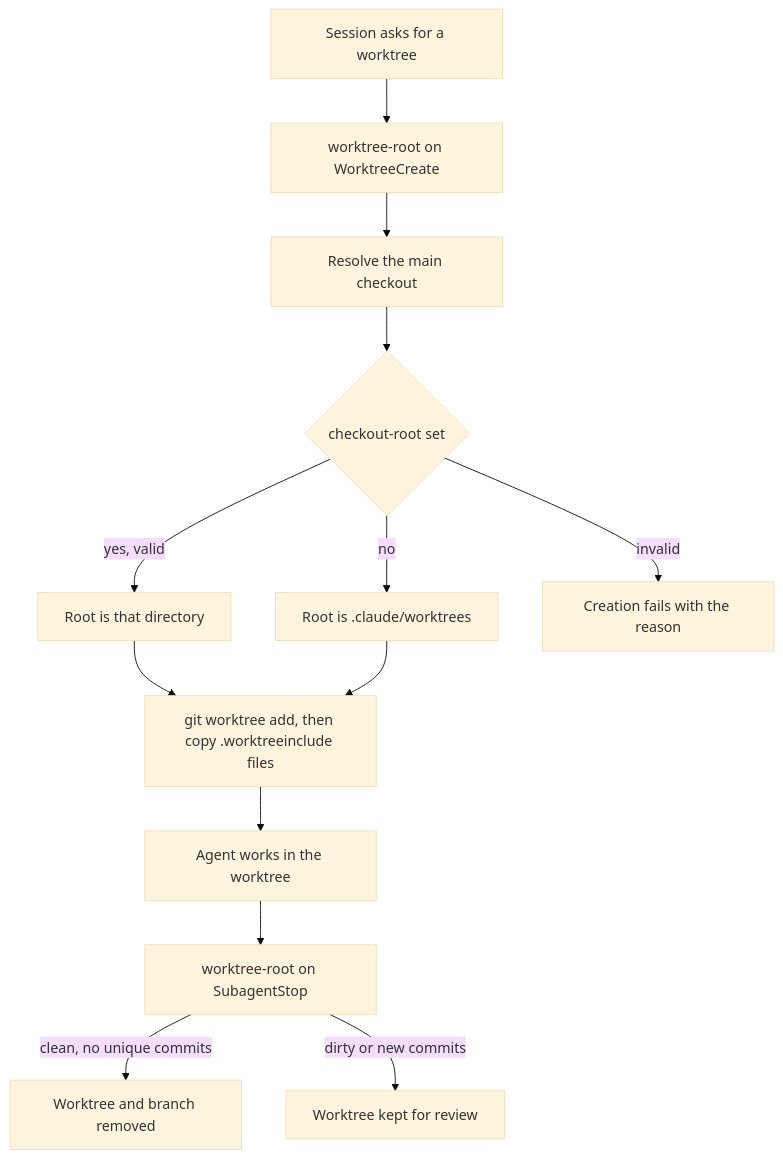
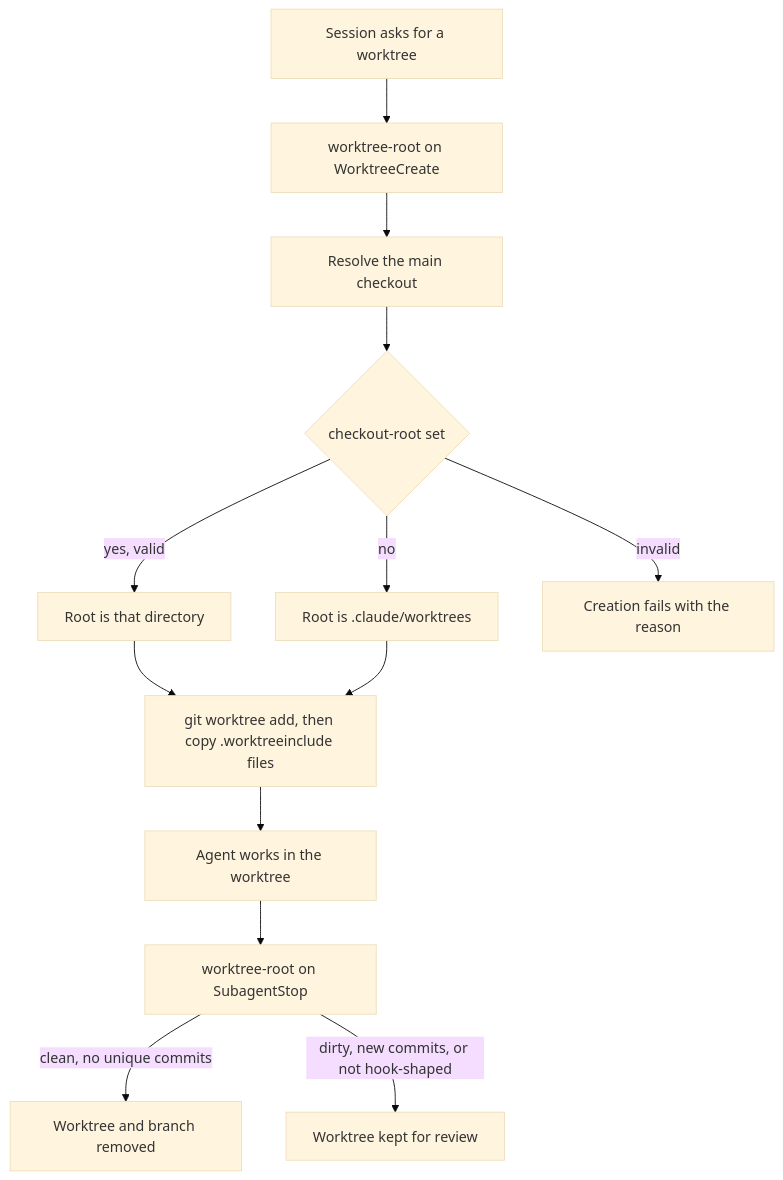
Before and after one commit to hsb3/dotfiles-agents: the diagram in plugins/worktree-root/README.md, drawn with Mermaid (base theme). The commit also changed other lines of this file and 4 other files, not shown here.

Commit message:
worktree-root: guard WorktreeRemove like SubagentStop (own path+branch, clean incl. untracked, no unique commits, unforced remove, branch -d); native fallback for separate-git-dir and submodules; native-path removal with the key set; config.json; FETCH_HEAD from the common git dir (PR 588 review)

````diff
--- a/plugins/worktree-root/README.md
+++ b/plugins/worktree-root/README.md
@@ -40,15 +40,15 @@
 ```mermaid
 flowchart TD
     Ask[Session asks for a worktree] --> Create[worktree-root on WorktreeCreate]
     Create --> Main[Resolve the main checkout]
     Main --> Key{checkout-root set}
     Key -->|yes, valid| Root[Root is that directory]
     Key -->|no| Native[Root is .claude/worktrees]
     Key -->|invalid| Fail[Creation fails with the reason]
     Root --> Add[git worktree add, then copy .worktreeinclude files]
     Native --> Add
     Add --> Work[Agent works in the worktree]
     Work --> Stop[worktree-root on SubagentStop]
     Stop -->|clean, no unique commits| Gone[Worktree and branch removed]
-    Stop -->|dirty or new commits| Kept[Worktree kept for review]
+    Stop -->|dirty, new commits, or not hook-shaped| Kept[Worktree kept for review]
 ```
````
